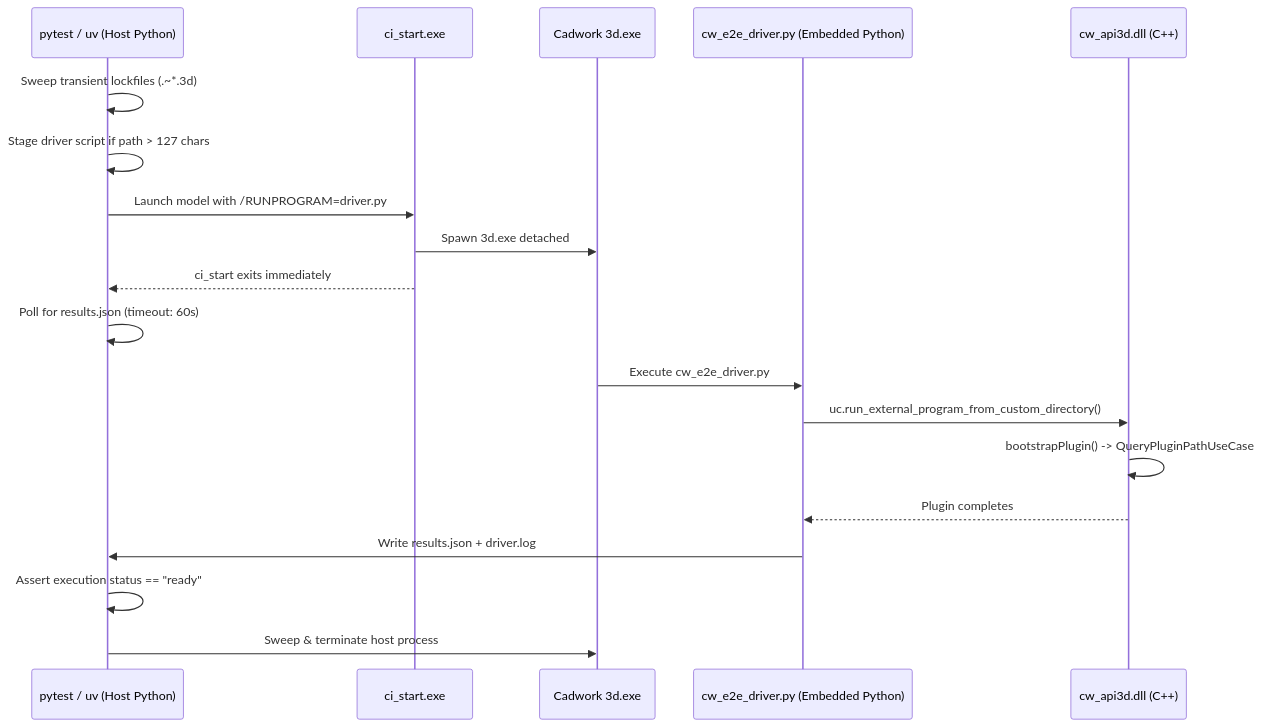
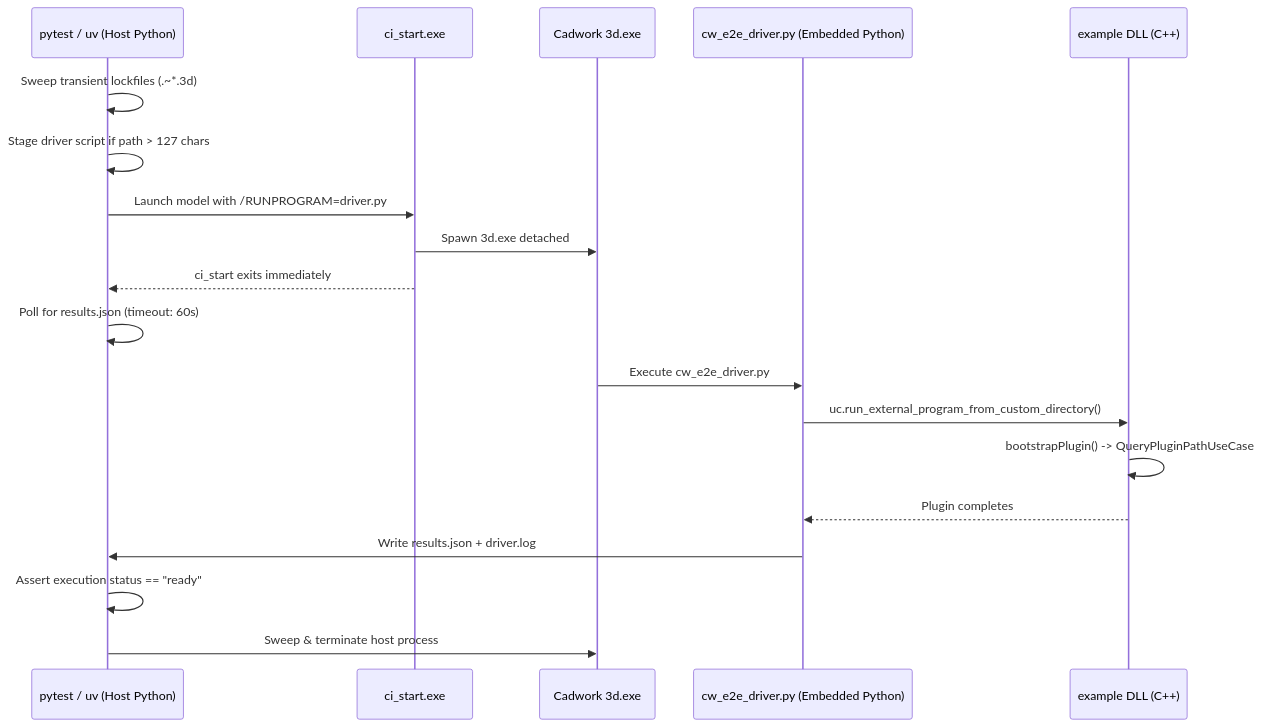
Before and after one commit to Brunner246/cw-api3d: the diagram in tests/README.md, drawn with Mermaid. The commit also changed other lines of this file and 114 other files, not shown here.

Commit message:
Refactor project structure and add charts plugin support

````diff
--- a/tests/README.md
+++ b/tests/README.md
@@ -176,22 +178,22 @@
 ```mermaid
 sequenceDiagram
     participant Host as pytest / uv (Host Python)
     participant Launcher as ci_start.exe
     participant Cadwork as Cadwork 3d.exe
     participant Driver as cw_e2e_driver.py (Embedded Python)
-    participant Plugin as cw_api3d.dll (C++)
+    participant Plugin as example DLL (C++)
 
     Host->>Host: Sweep transient lockfiles (.~*.3d)
     Host->>Host: Stage driver script if path > 127 chars
     Host->>Launcher: Launch model with /RUNPROGRAM=driver.py
     Launcher->>Cadwork: Spawn 3d.exe detached
     Launcher-->>Host: ci_start exits immediately
     Host->>Host: Poll for results.json (timeout: 60s)
     Cadwork->>Driver: Execute cw_e2e_driver.py
     Driver->>Plugin: uc.run_external_program_from_custom_directory()
     Plugin->>Plugin: bootstrapPlugin() -> QueryPluginPathUseCase
     Plugin-->>Driver: Plugin completes
     Driver->>Host: Write results.json + driver.log
     Host->>Host: Assert execution status == "ready"
     Host->>Cadwork: Sweep & terminate host process
 ```
````
